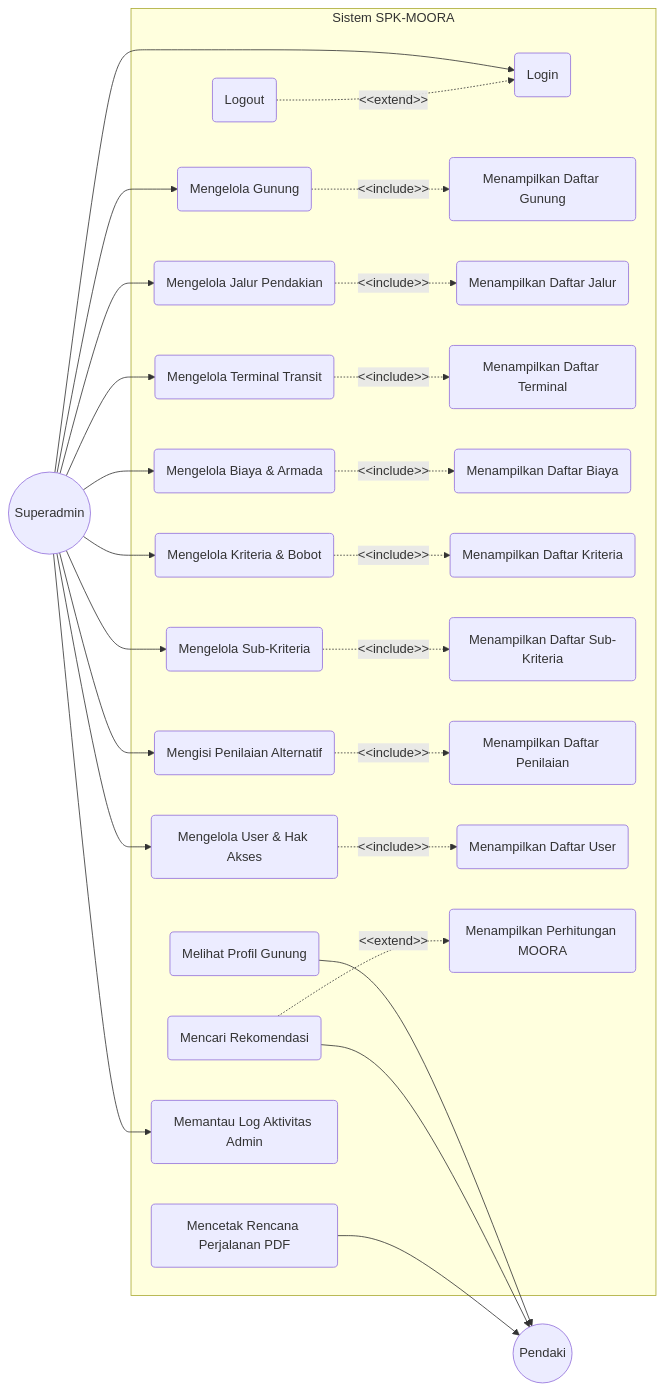
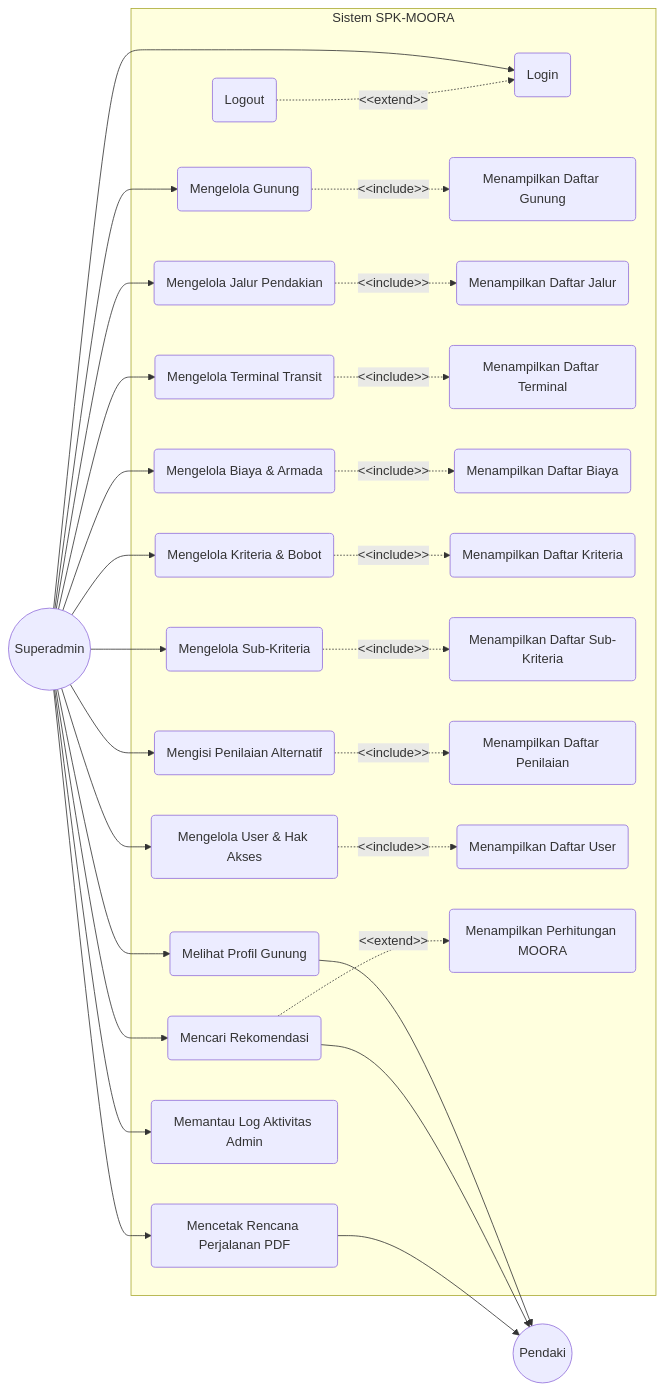
The diagram in usecase_diagram.md (adityasatyalaksana/SPK-MOORA-BACKUP), drawn with Mermaid before and after one commit. The commit also changed 29 other files, not shown here.

Commit message:
feat: add climber activity diagrams and unify diagram styling to monochrome

```diff
--- a/usecase_diagram.md
+++ b/usecase_diagram.md
@@ -80,6 +80,9 @@
     Superadmin --> M_Penilaian
     Superadmin --> M_User
     Superadmin --> View_Log
+    Superadmin --> V_Profile
+    Superadmin --> Cari_Rekomendasi
+    Superadmin --> Cetak_PDF
 
     %% Relasi Aktor Kanan (Pendaki/Guest)
     V_Profile --> Pendaki
```
